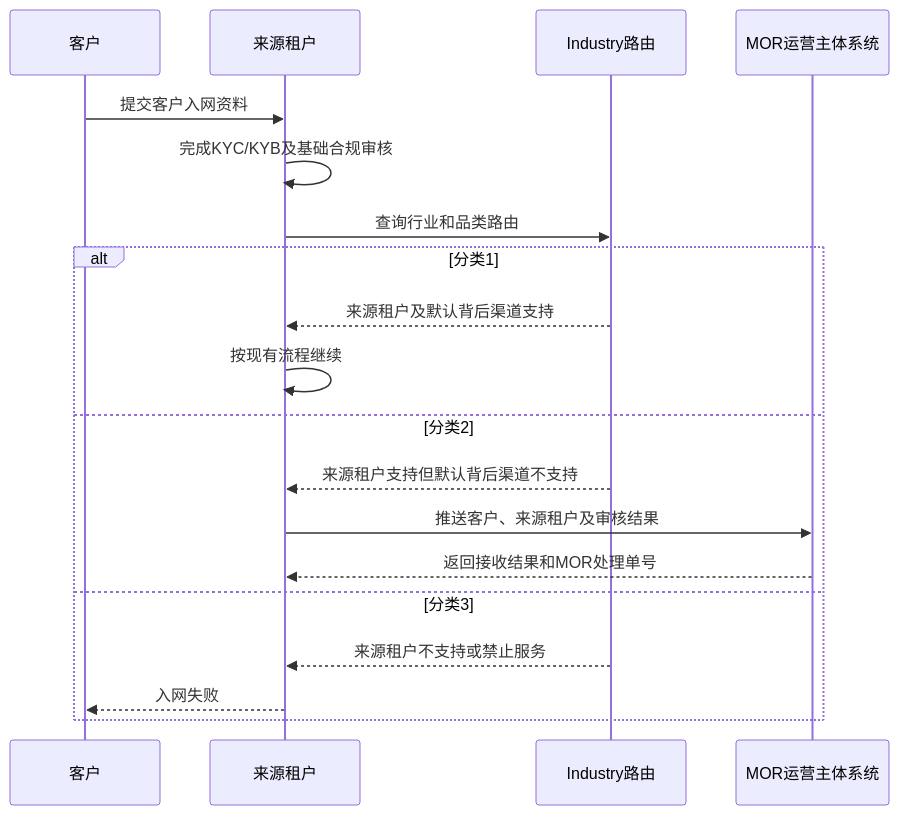
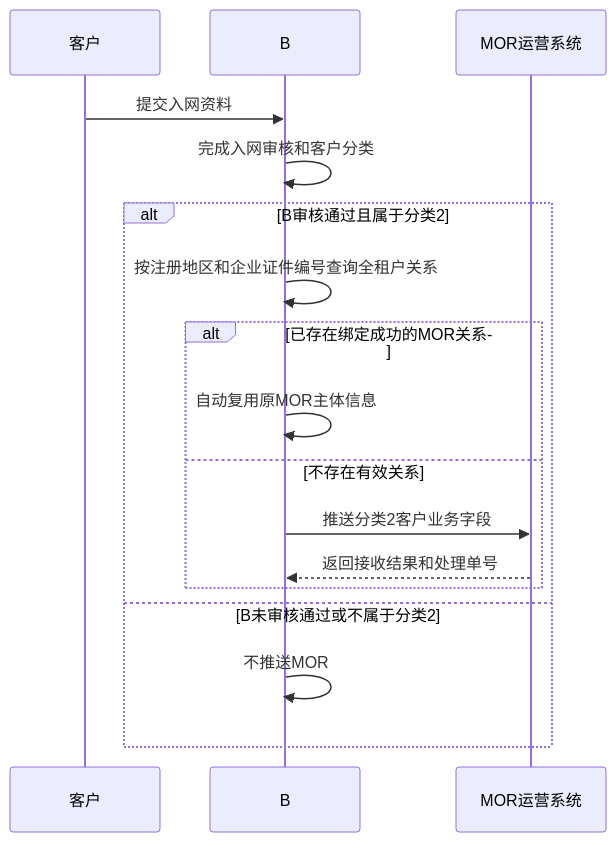
Before and after one commit to xiaoxiaoangie/EX-NEW: the second of 4 diagrams in MORSolutions/解决方案/MOR模式-运营主体SP最终方案.md, drawn with Mermaid. The commit also changed other lines of this file and 5 other files, not shown here.

````diff
--- a/MORSolutions/解决方案/MOR模式-运营主体SP最终方案.md
+++ b/MORSolutions/解决方案/MOR模式-运营主体SP最终方案.md
@@ -179,22 +140,20 @@
 ```mermaid
 sequenceDiagram
     participant C as 客户
-    participant T as 来源租户
-    participant MAP as Industry路由
-    participant SP as MOR运营主体系统
+    participant B as B
+    participant OPS as MOR运营系统
 
-    C->>T: 提交客户入网资料
-    T->>T: 完成KYC/KYB及基础合规审核
-    T->>MAP: 查询行业和品类路由
-    alt 分类1
-        MAP-->>T: 来源租户及默认背后渠道支持
-        T->>T: 按现有流程继续
-    else 分类2
-        MAP-->>T: 来源租户支持但默认背后渠道不支持
-        T->>SP: 推送客户、来源租户及审核结果
-        SP-->>T: 返回接收结果和MOR处理单号
-    else 分类3
-        MAP-->>T: 来源租户不支持或禁止服务
-        T-->>C: 入网失败
+    C->>B: 提交入网资料
+    B->>B: 完成入网审核和客户分类
+    alt B审核通过且属于分类2
+        B->>B: 按注册地区和企业证件编号查询全租户关系
+        alt 已存在绑定成功的MOR关系
+            B->>B: 自动复用原MOR主体信息
+        else 不存在有效关系
+            B->>OPS: 推送分类2客户业务字段
+            OPS-->>B: 返回接收结果和处理单号
+        end
+    else B未审核通过或不属于分类2
+        B->>B: 不推送MOR
     end
 ```
````
